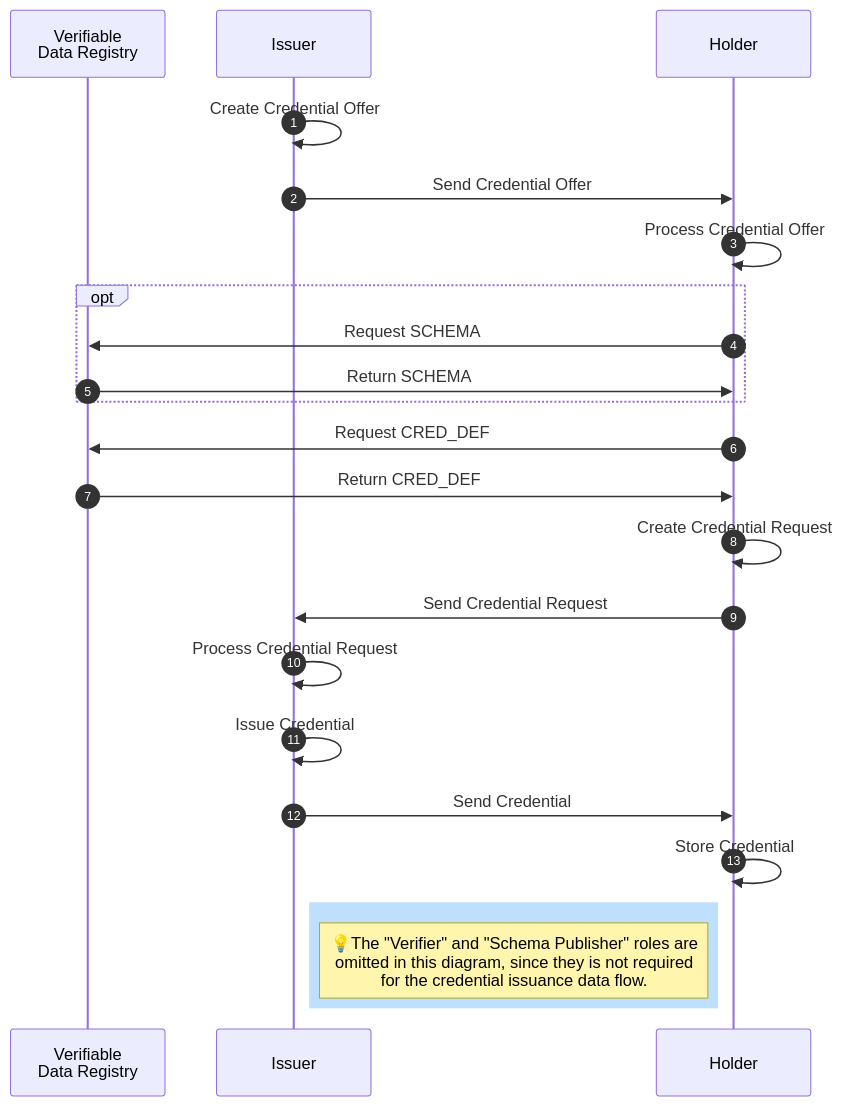
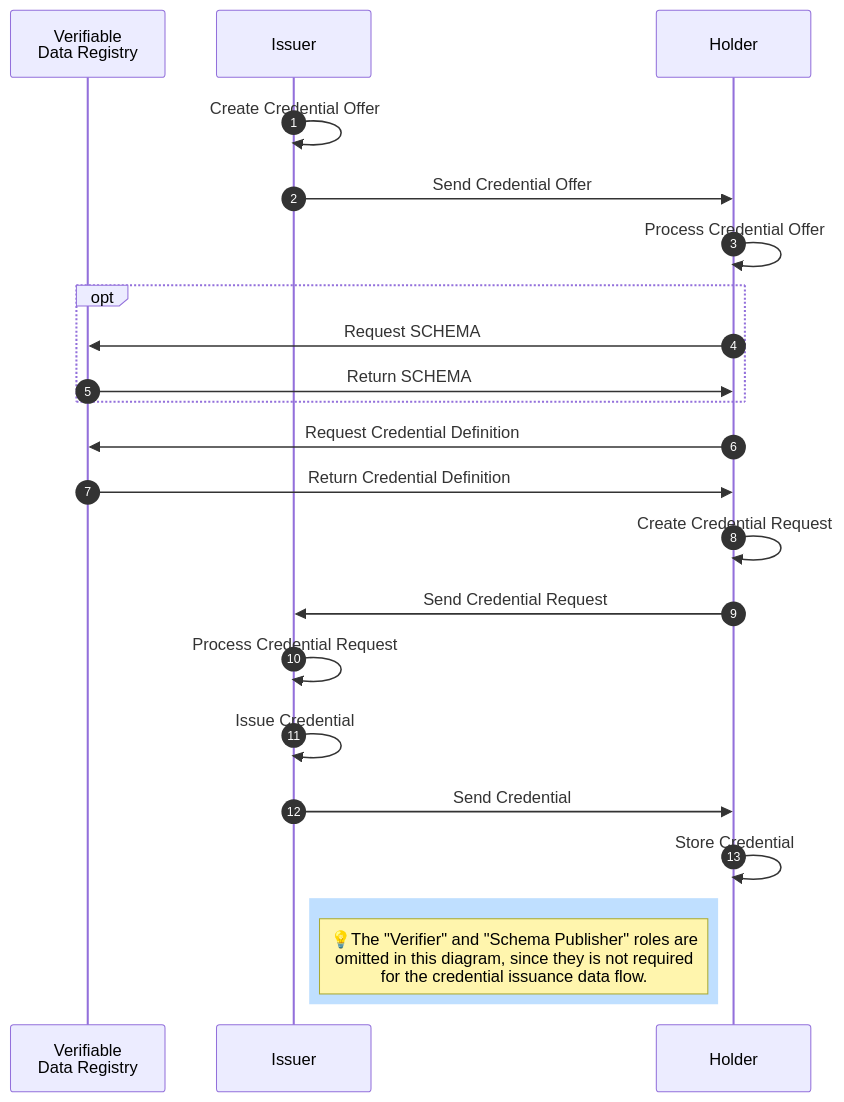
Before and after one commit to hyperledger/anoncreds-spec: the diagram in spec/data_flow_issuance.md, drawn with Mermaid. The commit also changed other lines of this file and 3 other files, not shown here.

Commit message:
update credential definition data model

````diff
--- a/spec/data_flow_issuance.md
+++ b/spec/data_flow_issuance.md
@@ -5,28 +5,28 @@
 ```mermaid
 sequenceDiagram
     autonumber
     participant L as Verifiable<br>Data Registry
     participant I as Issuer
     participant H as Holder  
 
   I ->> I: Create Credential Offer
   I ->> H: Send Credential Offer
   H ->> H: Process Credential Offer
   opt
     H ->> L: Request SCHEMA
     L ->> H: Return SCHEMA
   end
-  H ->> L: Request CRED_DEF
-  L ->> H: Return CRED_DEF
+  H ->> L: Request Credential Definition
+  L ->> H: Return Credential Definition
   H ->> H: Create Credential Request
   H ->> I: Send Credential Request
   I ->> I: Process Credential Request
   I ->> I: Issue Credential
   I ->> H: Send Credential
   H ->> H: Store Credential
 
 
   rect rgb(191, 223, 255)
     Note left of H: 💡The "Verifier" and "Schema Publisher" roles are<br>omitted in this diagram, since they is not required<br>for the credential issuance data flow.
   end
 ```
````
